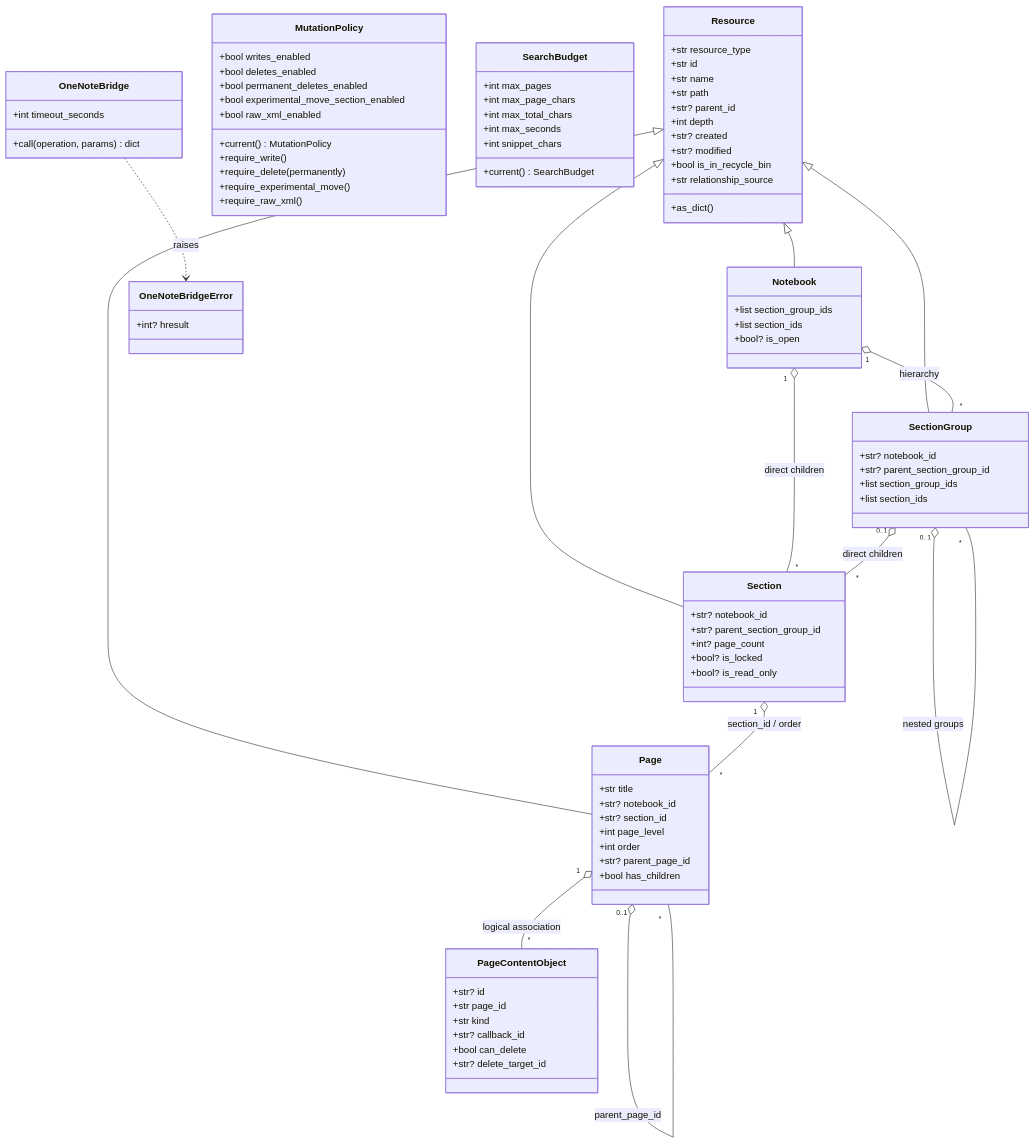
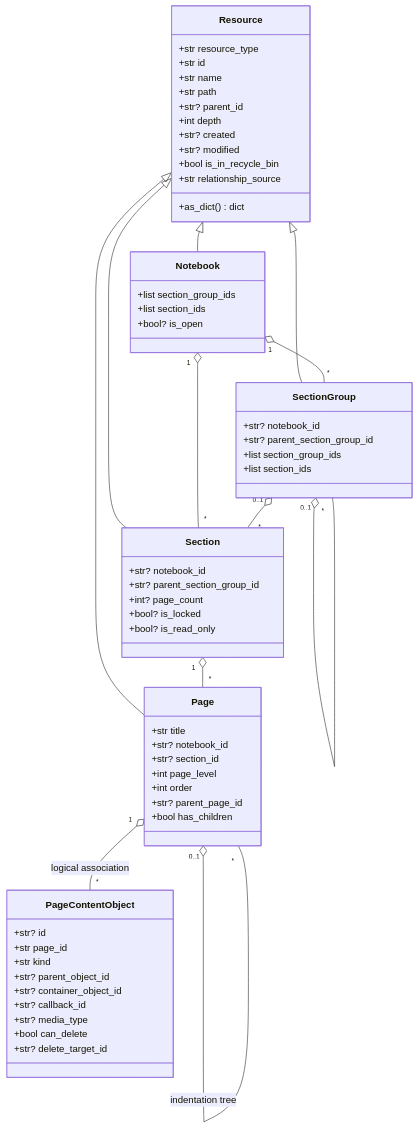
Before and after one commit to Kaomsos/onenote-com-mcp: the third of 6 diagrams in docs/design/architecture.md, drawn with Mermaid. The commit also changed other lines of this file and 3 other files, not shown here.

Commit message:
docs: describe layered service architecture

````diff
--- a/docs/design/architecture.md
+++ b/docs/design/architecture.md
@@ -84,9 +185,8 @@
         +str? modified
         +bool is_in_recycle_bin
         +str relationship_source
-        +as_dict()
+        +as_dict() dict
     }
-
     class Notebook {
         +list section_group_ids
         +list section_ids
@@ -118,7 +218,10 @@
         +str? id
         +str page_id
         +str kind
+        +str? parent_object_id
+        +str? container_object_id
         +str? callback_id
+        +str? media_type
         +bool can_delete
         +str? delete_target_id
     }
@@ -127,40 +230,11 @@
     Resource <|-- SectionGroup
     Resource <|-- Section
     Resource <|-- Page
-    Notebook "1" o-- "*" SectionGroup : hierarchy
-    Notebook "1" o-- "*" Section : direct children
-    SectionGroup "0..1" o-- "*" SectionGroup : nested groups
-    SectionGroup "0..1" o-- "*" Section : direct children
-    Section "1" o-- "*" Page : section_id / order
-    Page "0..1" o-- "*" Page : parent_page_id
+    Notebook "1" o-- "*" SectionGroup
+    Notebook "1" o-- "*" Section
+    SectionGroup "0..1" o-- "*" SectionGroup
+    SectionGroup "0..1" o-- "*" Section
+    Section "1" o-- "*" Page
+    Page "0..1" o-- "*" Page : indentation tree
     Page "1" o-- "*" PageContentObject : logical association
-
-    class MutationPolicy {
-        +bool writes_enabled
-        +bool deletes_enabled
-        +bool permanent_deletes_enabled
-        +bool experimental_move_section_enabled
-        +bool raw_xml_enabled
-        +current() MutationPolicy
-        +require_write()
-        +require_delete(permanently)
-        +require_experimental_move()
-        +require_raw_xml()
-    }
-    class SearchBudget {
-        +int max_pages
-        +int max_page_chars
-        +int max_total_chars
-        +int max_seconds
-        +int snippet_chars
-        +current() SearchBudget
-    }
-    class OneNoteBridge {
-        +int timeout_seconds
-        +call(operation, params) dict
-    }
-    class OneNoteBridgeError {
-        +int? hresult
-    }
-    OneNoteBridge ..> OneNoteBridgeError : raises
 ```
````
